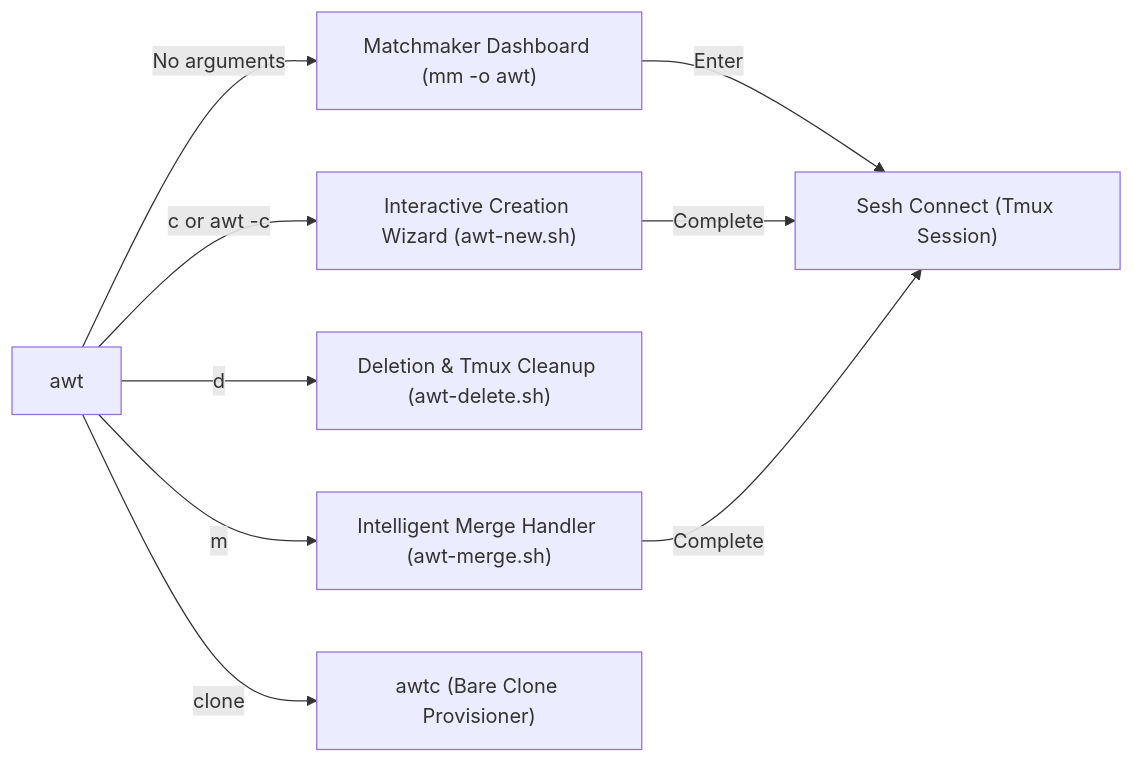
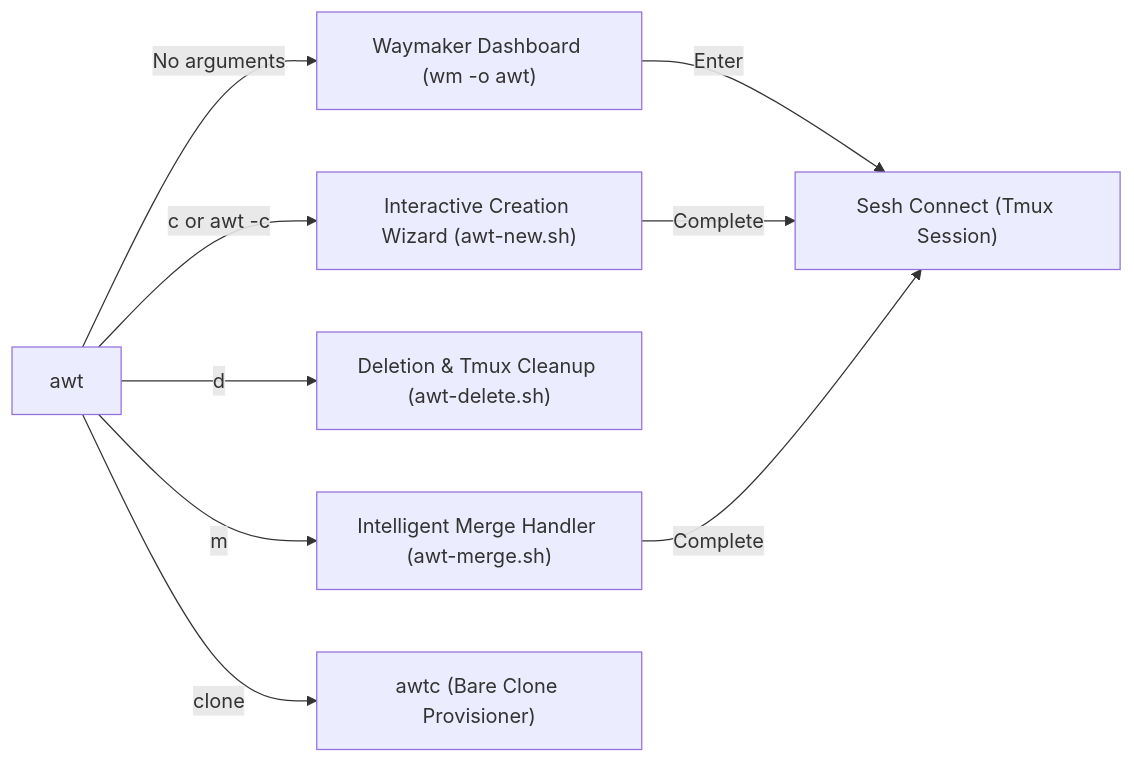
One commit to felipecm-br/.dotfiles changed the fourth of 5 diagrams in docs/GIT_WORKTREE_AGENTIC_WORKFLOW.md. Above: the diagram before and after it, drawn with Mermaid. The commit also changed other lines of this file and 64 other files, not shown here.

````diff
--- a/docs/GIT_WORKTREE_AGENTIC_WORKFLOW.md
+++ b/docs/GIT_WORKTREE_AGENTIC_WORKFLOW.md
@@ -198,12 +198,12 @@
 ```mermaid
 graph LR
-    A["awt"] -->|No arguments| B["Matchmaker Dashboard (mm -o awt)"]
+    A["awt"] -->|No arguments| B["Waymaker Dashboard (wm -o awt)"]
     A -->|c or awt -c| C["Interactive Creation Wizard (awt-new.sh)"]
     A -->|d| D["Deletion & Tmux Cleanup (awt-delete.sh)"]
     A -->|m| E["Intelligent Merge Handler (awt-merge.sh)"]
     A -->|clone| F["awtc (Bare Clone Provisioner)"]
 
     B -->|Enter| SESH["Sesh Connect (Tmux Session)"]
     C -->|Complete| SESH
     E -->|Complete| SESH
 ```
````
